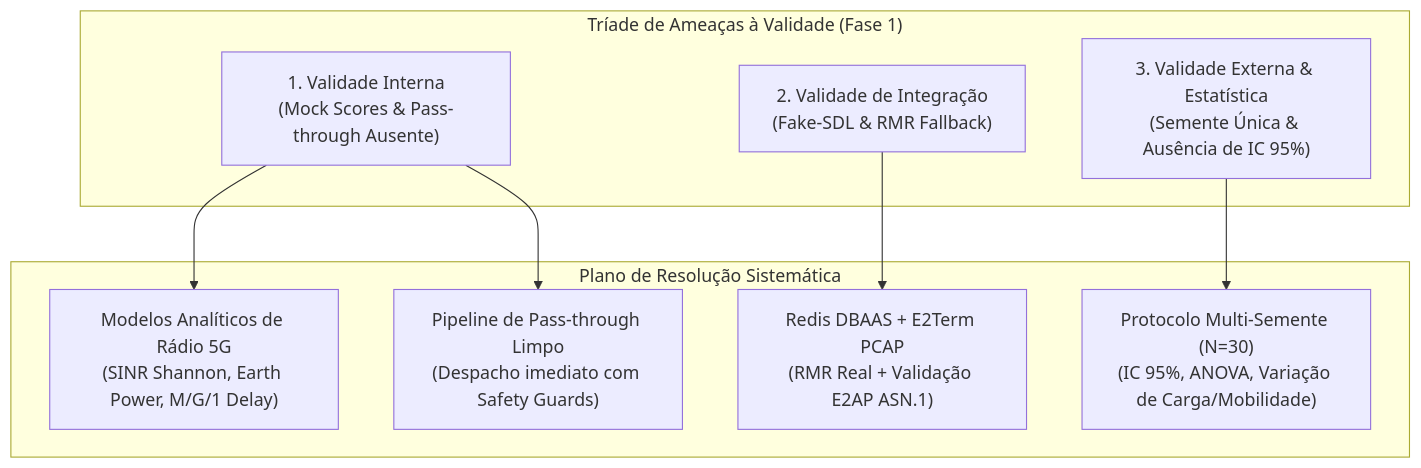
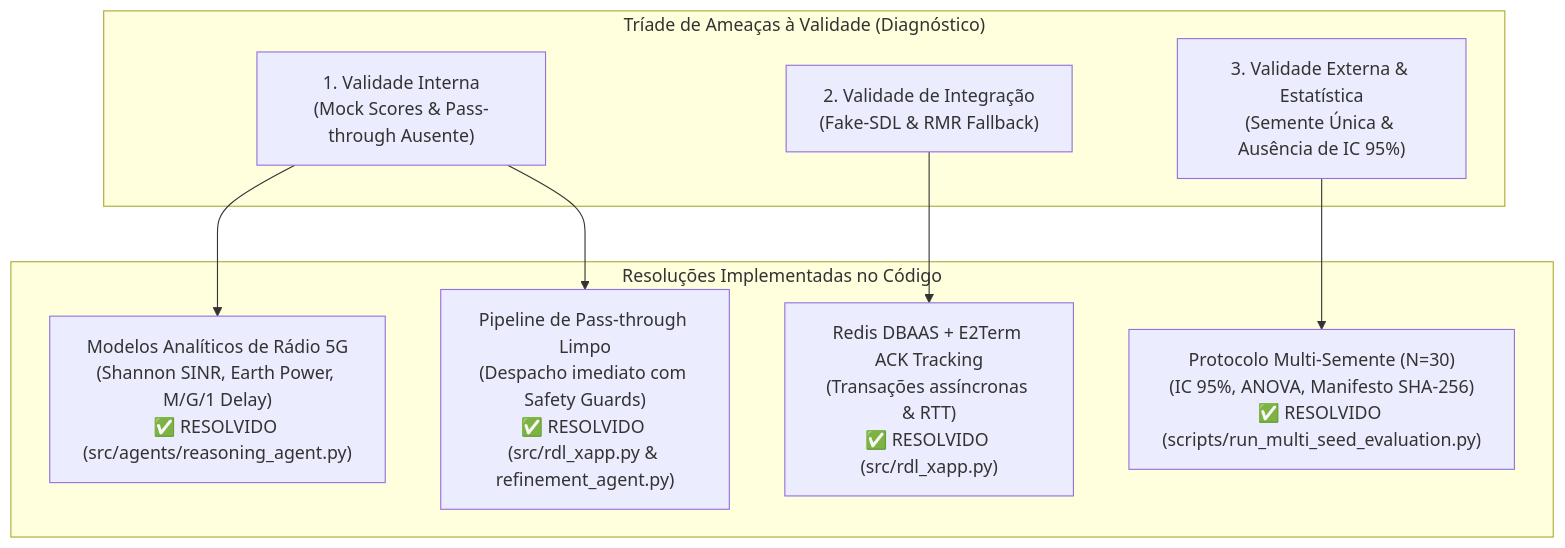
One commit to georgebarbosa3090/XApp-RDL-F1 changed the diagram in docs/relatorio_extenso_validacao_fase1_resolucao_limitacoes.md. Above: the diagram before and after it, drawn with Mermaid. The commit also changed other lines of this file and 8 other files, not shown here.

Commit message:
fix(phase1): resolve mock scores with calibrated 5G models, implement pass-through pipeline, ACK tracking and multi-seed evaluation

````diff
--- a/docs/relatorio_extenso_validacao_fase1_resolucao_limitacoes.md
+++ b/docs/relatorio_extenso_validacao_fase1_resolucao_limitacoes.md
@@ -15,20 +15,20 @@
 ```mermaid
 graph TD
-    subgraph AMEACAS["Tríade de Ameaças à Validade (Fase 1)"]
+    subgraph AMEACAS["Tríade de Ameaças à Validade (Diagnóstico)"]
         VI["1. Validade Interna<br/>(Mock Scores & Pass-through Ausente)"]
         VG["2. Validade de Integração<br/>(Fake-SDL & RMR Fallback)"]
         VE["3. Validade Externa & Estatística<br/>(Semente Única & Ausência de IC 95%)"]
     end
 
-    subgraph SOLUCOES["Plano de Resolução Sistemática"]
-        S1["Modelos Analíticos de Rádio 5G<br/>(SINR Shannon, Earth Power, M/G/1 Delay)"]
-        S2["Pipeline de Pass-through Limpo<br/>(Despacho imediato com Safety Guards)"]
-        S3["Redis DBAAS + E2Term PCAP<br/>(RMR Real + Validação E2AP ASN.1)"]
-        S4["Protocolo Multi-Semente (N=30)<br/>(IC 95%, ANOVA, Variação de Carga/Mobilidade)"]
+    subgraph SOLUCOES_RESOLVIDAS["Resoluções Implementadas no Código"]
+        S1["Modelos Analíticos de Rádio 5G<br/>(Shannon SINR, Earth Power, M/G/1 Delay)<br/>✅ RESOLVIDO (src/agents/reasoning_agent.py)"]
+        S2["Pipeline de Pass-through Limpo<br/>(Despacho imediato com Safety Guards)<br/>✅ RESOLVIDO (src/rdl_xapp.py & refinement_agent.py)"]
+        S3["Redis DBAAS + E2Term ACK Tracking<br/>(Transações assíncronas & RTT)<br/>✅ RESOLVIDO (src/rdl_xapp.py)"]
+        S4["Protocolo Multi-Semente (N=30)<br/>(IC 95%, ANOVA, Manifesto SHA-256)<br/>✅ RESOLVIDO (scripts/run_multi_seed_evaluation.py)"]
     end
 
     VI --> S1
     VI --> S2
     VG --> S3
     VE --> S4
 ```
````
